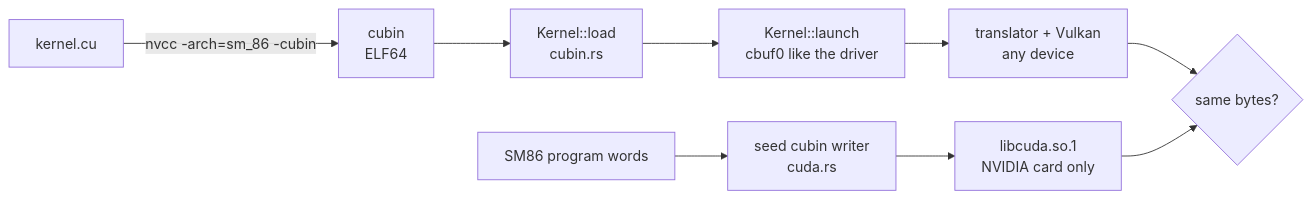
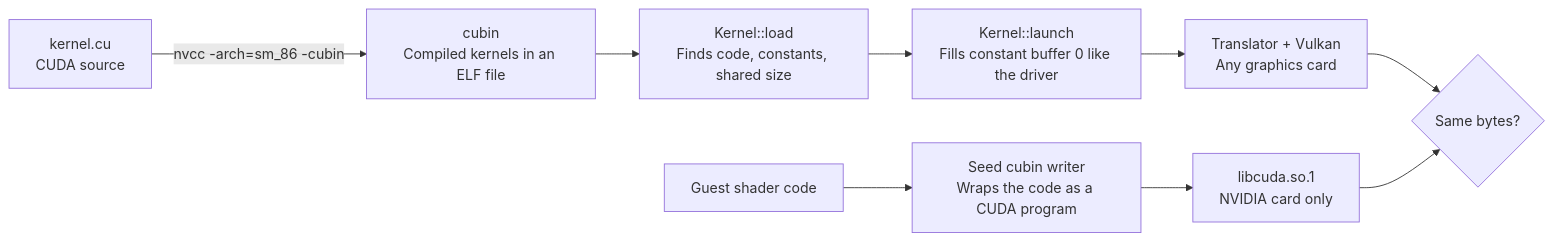
Before and after one commit to 0xNikilite/oboromi: the diagram in docs/architecture/cuda.md, drawn with Mermaid. The commit also changed other lines of this file and 22 other files, not shown here.

````diff
--- a/docs/architecture/cuda.md
+++ b/docs/architecture/cuda.md
@@ -5,11 +7,11 @@
 ```mermaid
 flowchart LR
-    CU["kernel.cu"] -->|"nvcc -arch=sm_86 -cubin"| CUBIN["cubin<br/>ELF64"]
-    CUBIN --> LOAD["Kernel::load<br/>cubin.rs"]
-    LOAD --> LAUNCH["Kernel::launch<br/>cbuf0 like the driver"]
-    LAUNCH --> TR["translator + Vulkan<br/>any device"]
-    SASS["SM86 program words"] --> WR["seed cubin writer<br/>cuda.rs"]
+    CU["kernel.cu<br/>CUDA source"] -->|"nvcc -arch=sm_86 -cubin"| CUBIN["cubin<br/>Compiled kernels in an ELF file"]
+    CUBIN --> LOAD["Kernel::load<br/>Finds code, constants, shared size"]
+    LOAD --> LAUNCH["Kernel::launch<br/>Fills constant buffer 0 like the driver"]
+    LAUNCH --> TR["Translator + Vulkan<br/>Any graphics card"]
+    SASS["Guest shader code"] --> WR["Seed cubin writer<br/>Wraps the code as a CUDA program"]
     WR --> NAT["libcuda.so.1<br/>NVIDIA card only"]
-    TR --> CMP{"same bytes?"}
+    TR --> CMP{"Same bytes?"}
     NAT --> CMP
 ```
````
